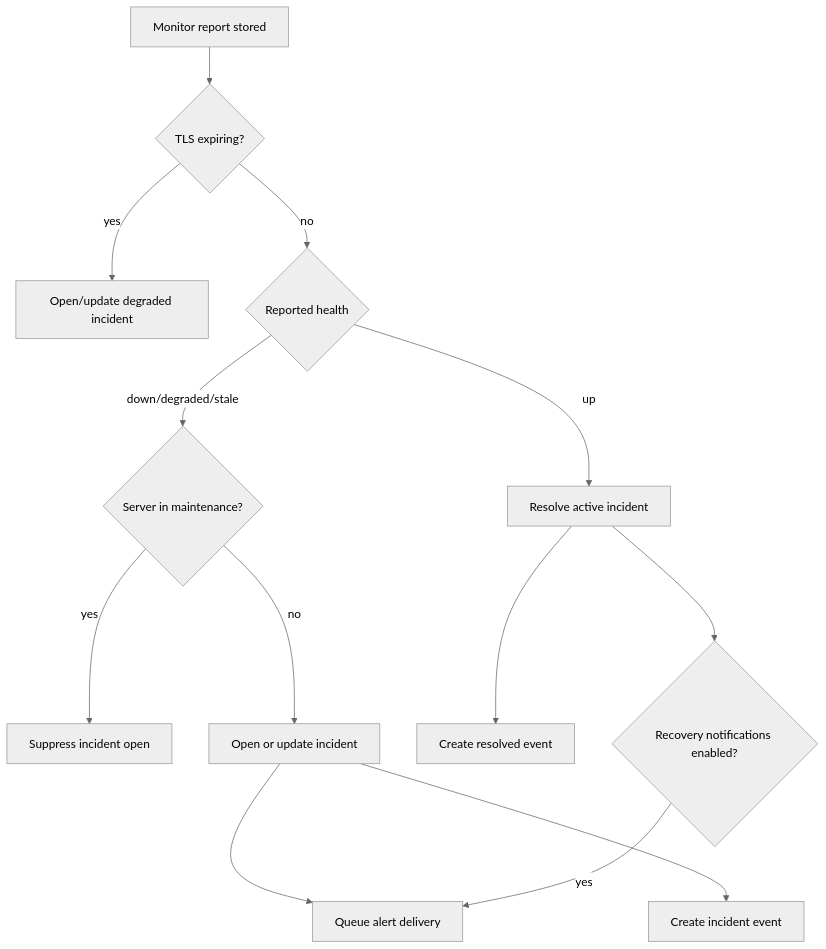
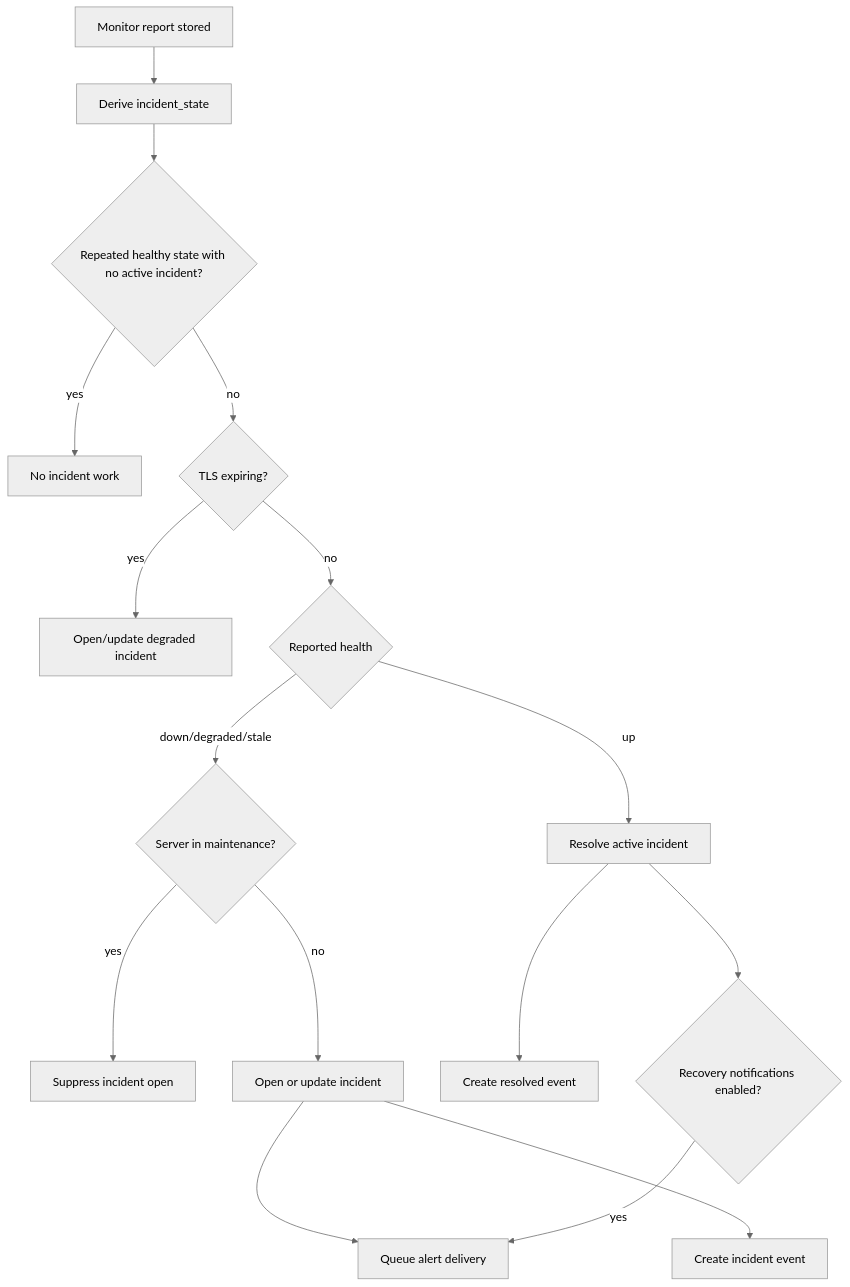
Before and after one commit to sunday-studio/orion: the third of 4 diagrams in docs/architecture/core-features.md, drawn with Mermaid (neutral theme). The commit also changed other lines of this file and 28 other files, not shown here.

````diff
--- a/docs/architecture/core-features.md
+++ b/docs/architecture/core-features.md
@@ -107,15 +107,18 @@
 ```mermaid
 flowchart TD
-  Report["Monitor report stored"] --> TLS{"TLS expiring?"}
+  Report["Monitor report stored"] --> State["Derive incident_state"]
+  State --> Skip{"Repeated healthy state with no active incident?"}
+  Skip -- "yes" --> Done["No incident work"]
+  Skip -- "no" --> TLS{"TLS expiring?"}
   TLS -- "yes" --> OpenDegraded["Open/update degraded incident"]
   TLS -- "no" --> Health{"Reported health"}
   Health -- "up" --> Resolve["Resolve active incident"]
   Health -- "down/degraded/stale" --> Maintenance{"Server in maintenance?"}
   Maintenance -- "yes" --> Suppress["Suppress incident open"]
   Maintenance -- "no" --> Open["Open or update incident"]
   Open --> Event["Create incident event"]
   Open --> Alert["Queue alert delivery"]
   Resolve --> ResolveEvent["Create resolved event"]
   Resolve --> Recovery{"Recovery notifications enabled?"}
   Recovery -- "yes" --> Alert
 ```
````
